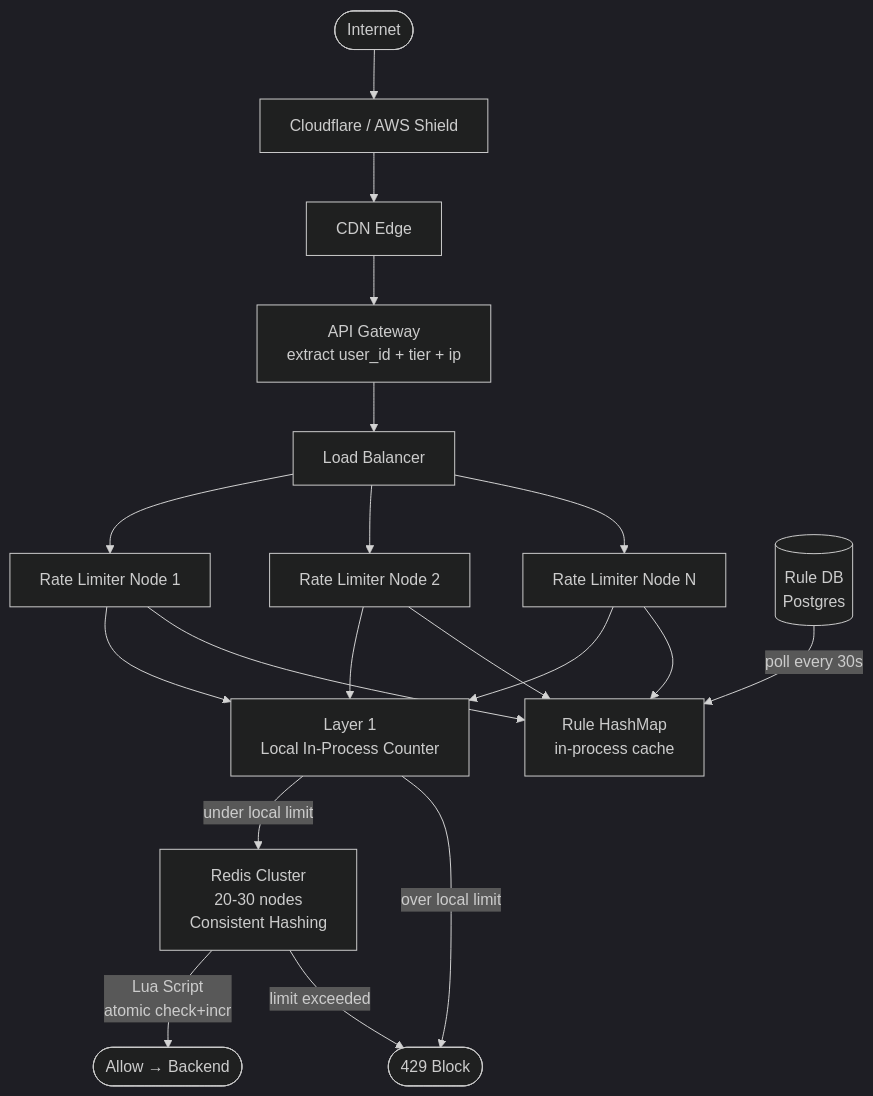
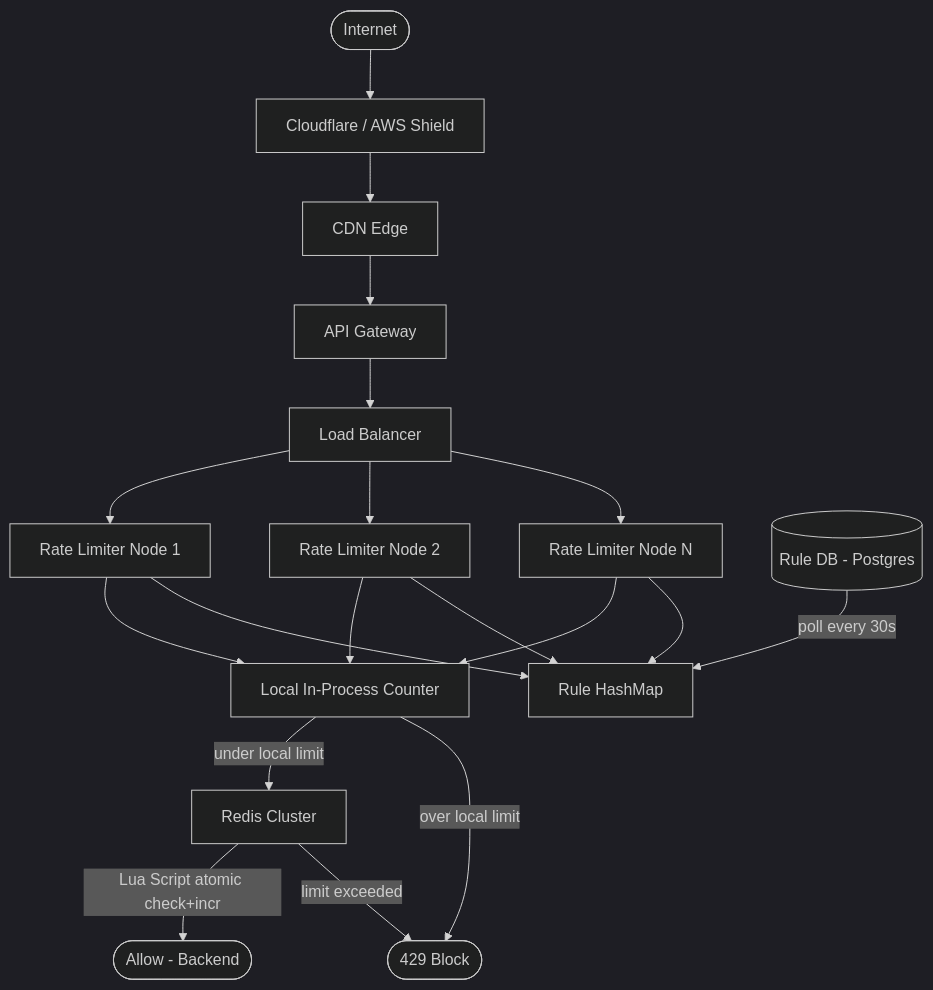
One commit to Dummy-Bug/leetdezine changed the diagram in docs/03-Case-Studies/03-Expedition/01-Rate-Limiter/04-Final-Design/01-Final-Design.md. Above: the diagram before and after it, drawn with Mermaid (dark theme). The commit also changed 21 other files, not shown here.

````diff
--- a/docs/03-Case-Studies/03-Expedition/01-Rate-Limiter/04-Final-Design/01-Final-Design.md
+++ b/docs/03-Case-Studies/03-Expedition/01-Rate-Limiter/04-Final-Design/01-Final-Design.md
@@ -39,17 +39,17 @@
 ```mermaid
-flowchart TD
+graph TD
     I([Internet]) --> CF[Cloudflare / AWS Shield]
     CF --> CDN[CDN Edge]
-    CDN --> GW[API Gateway\nextract user_id + tier + ip]
+    CDN --> GW[API Gateway]
     GW --> LB[Load Balancer]
     LB --> RL1[Rate Limiter Node 1]
     LB --> RL2[Rate Limiter Node 2]
     LB --> RL3[Rate Limiter Node N]
-    RL1 & RL2 & RL3 --> LC[Layer 1\nLocal In-Process Counter]
-    LC -- under local limit --> RS[Redis Cluster\n20-30 nodes\nConsistent Hashing]
-    LC -- over local limit --> BLOCK([429 Block])
-    RS -- Lua Script\natomic check+incr --> ALLOW([Allow → Backend])
-    RS -- limit exceeded --> BLOCK
-    RL1 & RL2 & RL3 --> RH[Rule HashMap\nin-process cache]
-    RDB[(Rule DB\nPostgres)] -- poll every 30s --> RH
+    RL1 & RL2 & RL3 --> LC[Local In-Process Counter]
+    LC -->|under local limit| RS[Redis Cluster]
+    LC -->|over local limit| BLOCK([429 Block])
+    RS -->|Lua Script atomic check+incr| ALLOW([Allow - Backend])
+    RS -->|limit exceeded| BLOCK
+    RL1 & RL2 & RL3 --> RH[Rule HashMap]
+    RDB[(Rule DB - Postgres)] -->|poll every 30s| RH
 ```
````
